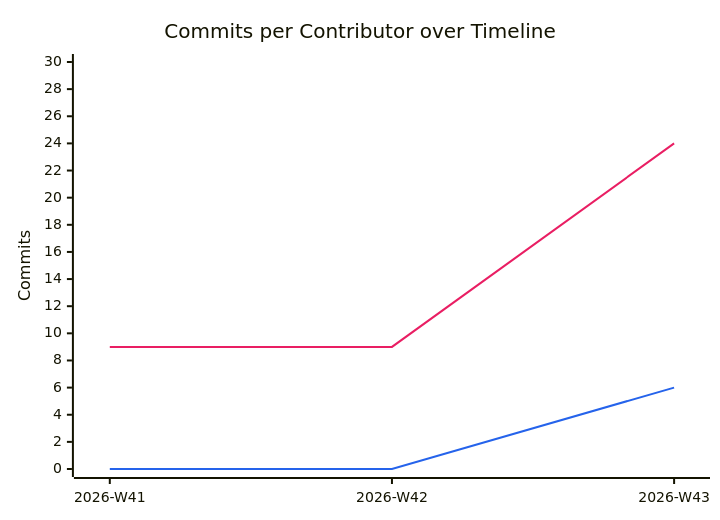
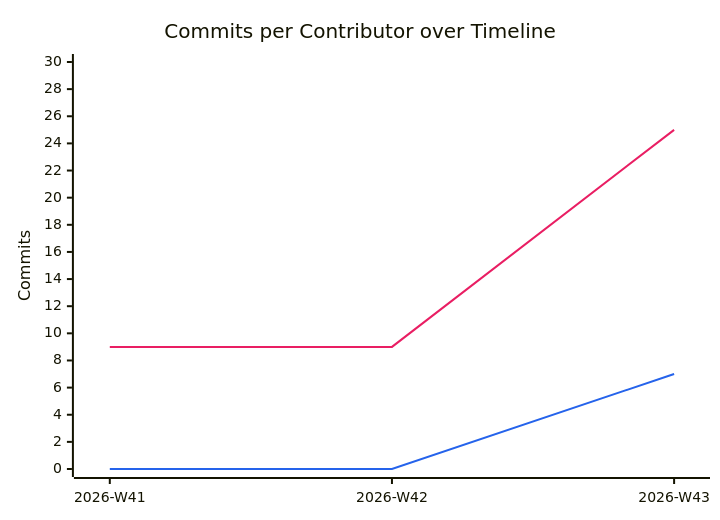
The diagram in documentation/snippets/management/commit-velocity.mmd (BeyondMagic/swe-template), drawn with Mermaid before and after one commit. The commit also changed 2 other files, not shown here.

```diff
--- a/documentation/snippets/management/commit-velocity.mmd
+++ b/documentation/snippets/management/commit-velocity.mmd
@@ -1,7 +1,7 @@
 %%{init: {"themeVariables": {"xyChart": {"plotColorPalette": "#e91e63, #2563eb"}}}}%%
 xychart-beta
     title "Commits per Contributor over Timeline"
     x-axis ["2026-W41", "2026-W42", "2026-W43"]
     y-axis "Commits" 0 --> 30
-    line [9, 9, 24]
-    line [0, 0, 6]
+    line [9, 9, 25]
+    line [0, 0, 7]
```
